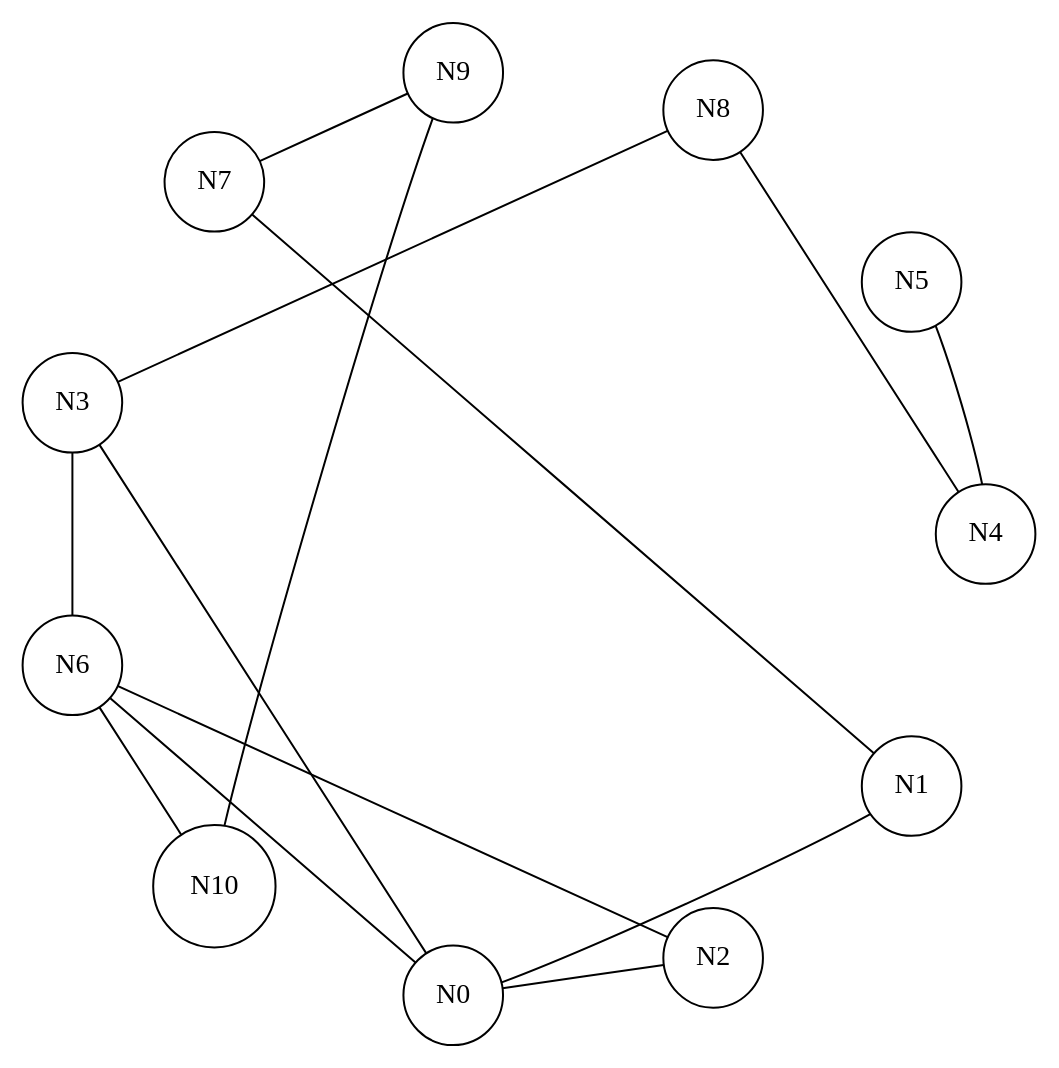
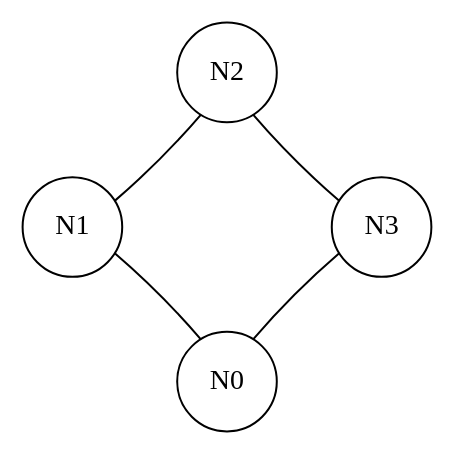
Before and after one commit to Sztormus/Grafy: the diagram in Projekt 2/1/output2.dot, drawn with Graphviz. The commit also changed 22 other files, not shown here.

```diff
--- a/Projekt 2/1/output2.dot
+++ b/Projekt 2/1/output2.dot
@@ -1,29 +1,13 @@
 digraph G
 {
 	layout="circo";
 	node [shape = circle];
 	N0 -> N1 [arrowhead=none][style=invis]
 	N1 -> N2 [arrowhead=none][style=invis]
 	N2 -> N3 [arrowhead=none][style=invis]
-	N3 -> N4 [arrowhead=none][style=invis]
-	N4 -> N5 [arrowhead=none][style=invis]
-	N5 -> N6 [arrowhead=none][style=invis]
-	N6 -> N7 [arrowhead=none][style=invis]
-	N7 -> N8 [arrowhead=none][style=invis]
-	N8 -> N9 [arrowhead=none][style=invis]
-	N9 -> N10 [arrowhead=none][style=invis]
-	N10 -> N0 [arrowhead=none][style=invis]
+	N3 -> N0 [arrowhead=none][style=invis]
 	N1 -> N0 [arrowhead=none]
-	N2 -> N0 [arrowhead=none]
 	N3 -> N0 [arrowhead=none]
-	N6 -> N0 [arrowhead=none]
-	N7 -> N1 [arrowhead=none]
-	N6 -> N2 [arrowhead=none]
-	N6 -> N3 [arrowhead=none]
-	N8 -> N3 [arrowhead=none]
-	N5 -> N4 [arrowhead=none]
-	N8 -> N4 [arrowhead=none]
-	N10 -> N6 [arrowhead=none]
-	N9 -> N7 [arrowhead=none]
-	N10 -> N9 [arrowhead=none]
+	N2 -> N1 [arrowhead=none]
+	N3 -> N2 [arrowhead=none]
 }
```
